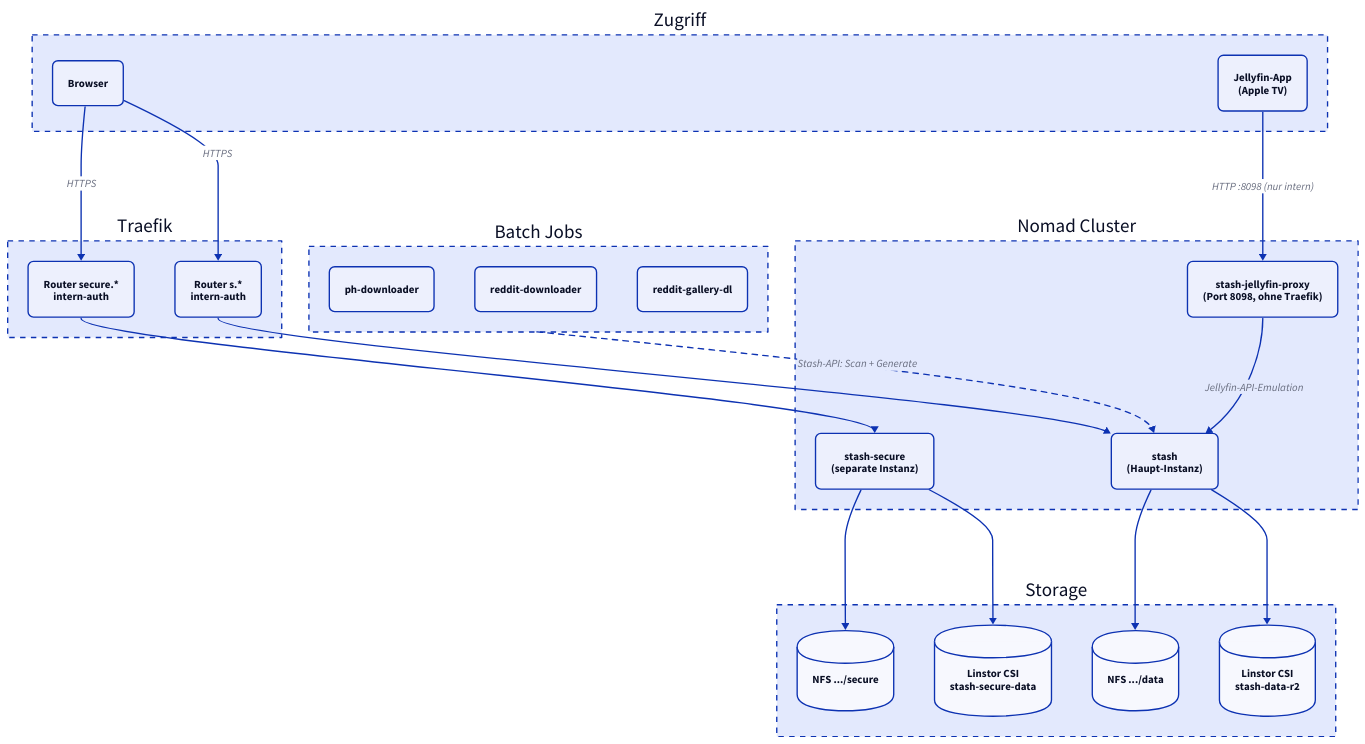
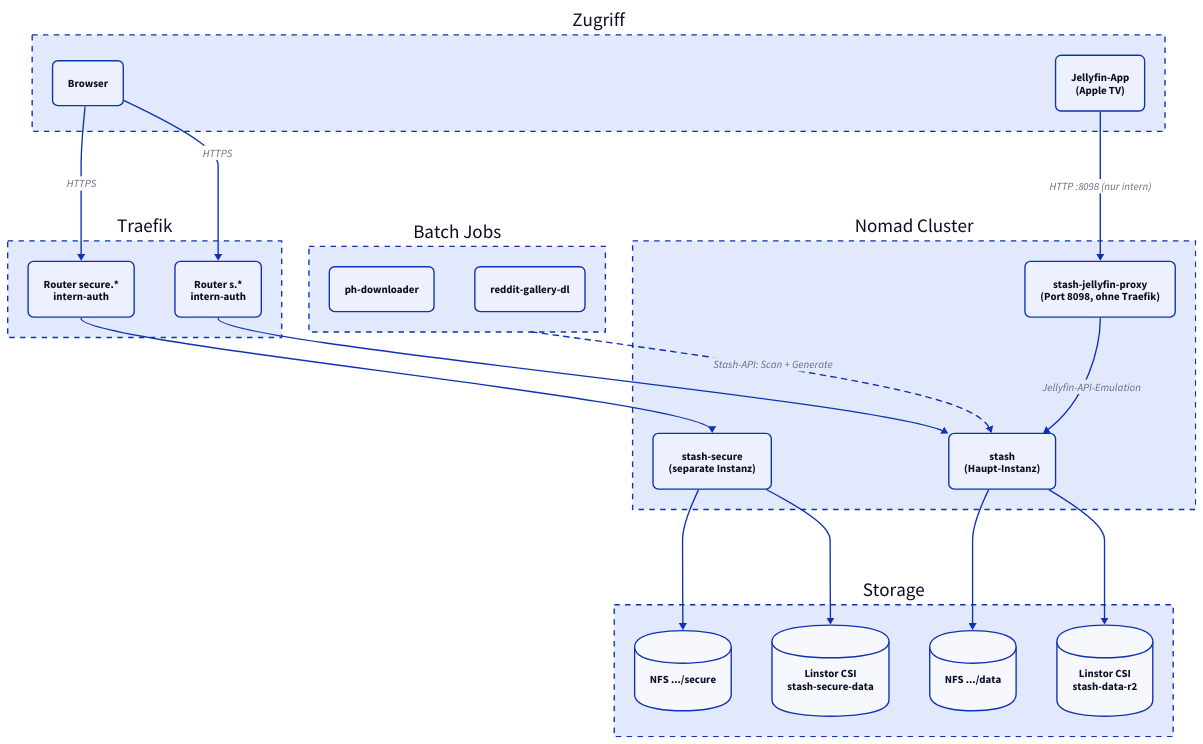
One commit to derever-labs/homelab-wiki changed the diagram in docs/stash/index.md. Above: the diagram before and after it, drawn with D2. The commit also changed 5 other files, not shown here.

````diff
--- a/docs/stash/index.md
+++ b/docs/stash/index.md
@@ -47,49 +47,48 @@
 ```d2
 direction: down
 
 Clients: Zugriff {
   style.stroke-dash: 4
   Browser: Browser { style.border-radius: 8 }
   ATV: "Jellyfin-App\n(Apple TV)" { style.border-radius: 8 }
 }
 
 Traefik: Traefik {
   style.stroke-dash: 4
   R1: "Router s.*\nintern-auth" { style.border-radius: 8 }
   R2: "Router secure.*\nintern-auth" { style.border-radius: 8 }
 }
 
 Nomad: Nomad Cluster {
   style.stroke-dash: 4
   S1: "stash\n(Haupt-Instanz)" { style.border-radius: 8 }
   S2: "stash-secure\n(separate Instanz)" { style.border-radius: 8 }
   PROXY: "stash-jellyfin-proxy\n(Port 8098, ohne Traefik)" { style.border-radius: 8 }
 }
 
 Storage: Storage {
   style.stroke-dash: 4
   LCSI: "Linstor CSI\nstash-data-r2" { shape: cylinder }
   LCSI2: "Linstor CSI\nstash-secure-data" { shape: cylinder }
   NFS1: "NFS .../data" { shape: cylinder }
   NFS2: "NFS .../secure" { shape: cylinder }
 }
 
 Batch: Batch Jobs {
   style.stroke-dash: 4
   PH: ph-downloader { style.border-radius: 8 }
-  RD: reddit-downloader { style.border-radius: 8 }
   GDL: reddit-gallery-dl { style.border-radius: 8 }
 }
 
 Clients.Browser -> Traefik.R1: HTTPS
 Clients.Browser -> Traefik.R2: HTTPS
 Clients.ATV -> Nomad.PROXY: "HTTP :8098 (nur intern)"
 Traefik.R1 -> Nomad.S1
 Traefik.R2 -> Nomad.S2
 Nomad.PROXY -> Nomad.S1: Jellyfin-API-Emulation
 Nomad.S1 -> Storage.LCSI
 Nomad.S1 -> Storage.NFS1
 Nomad.S2 -> Storage.LCSI2
 Nomad.S2 -> Storage.NFS2
 Batch -> Nomad.S1: "Stash-API: Scan + Generate" { style.stroke-dash: 4 }
 ```
````
